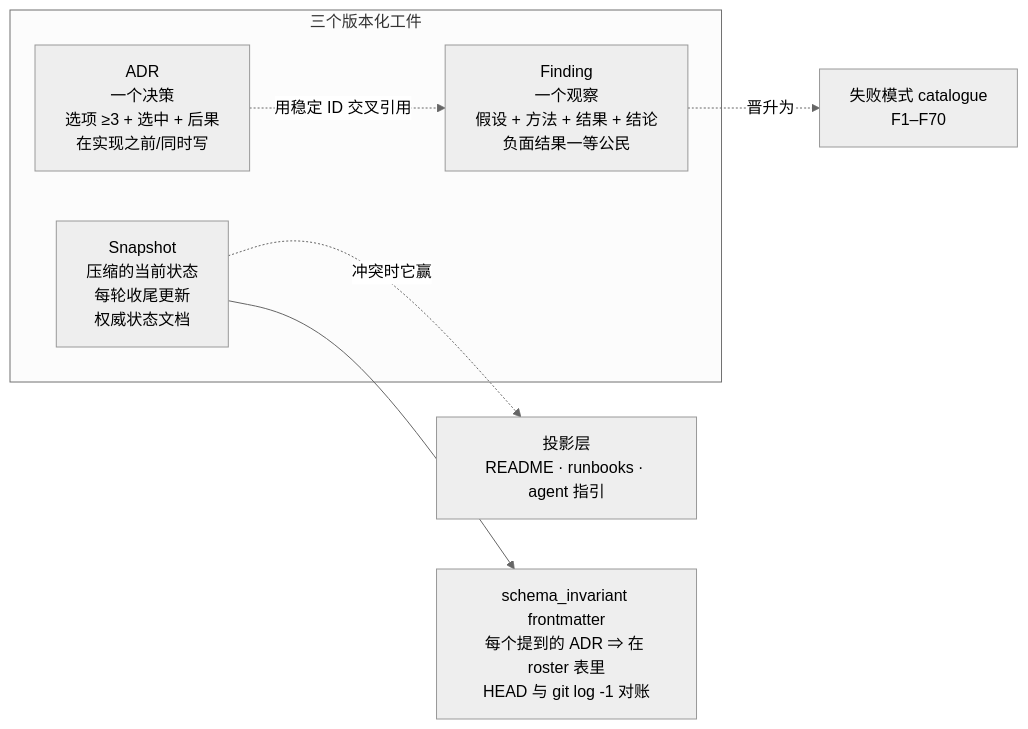
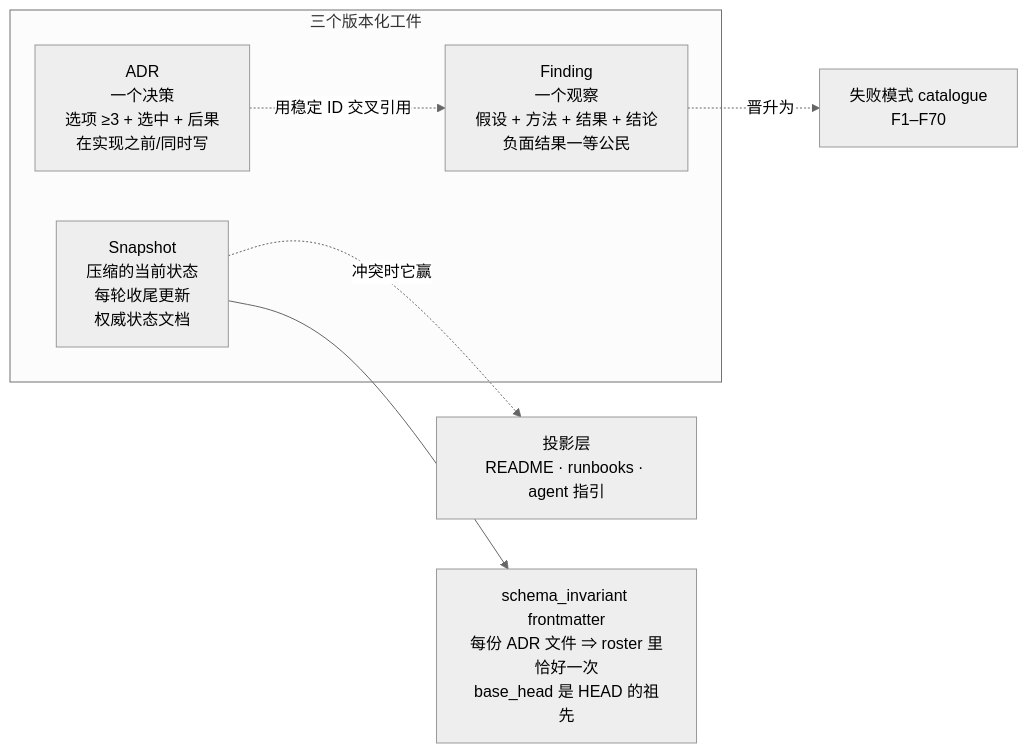
One commit to Cobrust-lang/ballast changed the fourth of 10 diagrams in docs/human/zh/concept-map.md. Above: the diagram before and after it, drawn with Mermaid (neutral theme). The commit also changed other lines of this file and 17 other files, not shown here.

First line of the commit message:
docs(meta): make the snapshot roster a failing gate [v2.1.0]

````diff
--- a/docs/human/zh/concept-map.md
+++ b/docs/human/zh/concept-map.md
@@ -155,14 +155,14 @@
 ```mermaid
 flowchart LR
     subgraph Triad["三个版本化工件"]
         ADR["ADR<br/>一个决策<br/>选项 ≥3 + 选中 + 后果<br/>在实现之前/同时写"]
         Finding["Finding<br/>一个观察<br/>假设 + 方法 + 结果 + 结论<br/>负面结果一等公民"]
         Snapshot["Snapshot<br/>压缩的当前状态<br/>每轮收尾更新<br/>权威状态文档"]
     end
 
     Snapshot -. 冲突时它赢 .-> Projections["投影层<br/>README · runbooks · agent 指引"]
     ADR -. 用稳定 ID 交叉引用 .-> Finding
     Finding -. 晋升为 .-> Catalogue["失败模式 catalogue<br/>F1–F70"]
 
-    Snapshot --> Invariant["schema_invariant frontmatter<br/>每个提到的 ADR ⇒ 在 roster 表里<br/>HEAD 与 git log -1 对账"]
+    Snapshot --> Invariant["schema_invariant frontmatter<br/>每份 ADR 文件 ⇒ roster 里恰好一次<br/>base_head 是 HEAD 的祖先"]
 ```
````
